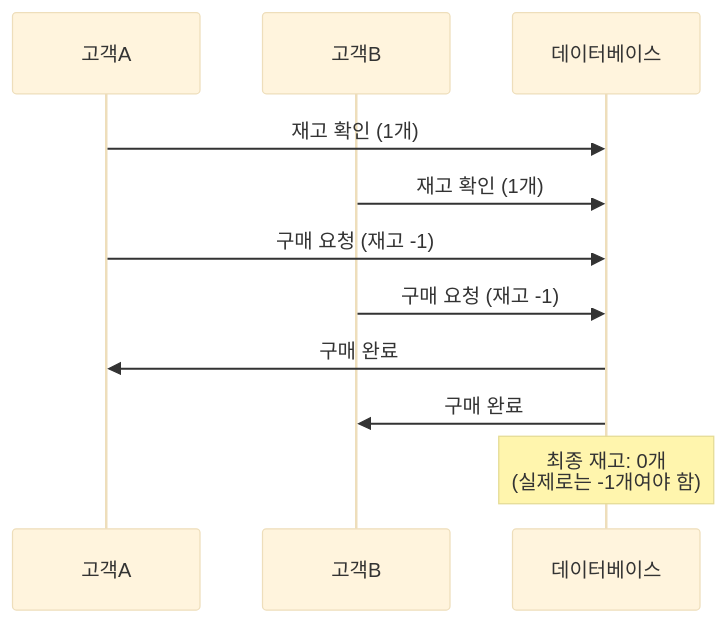
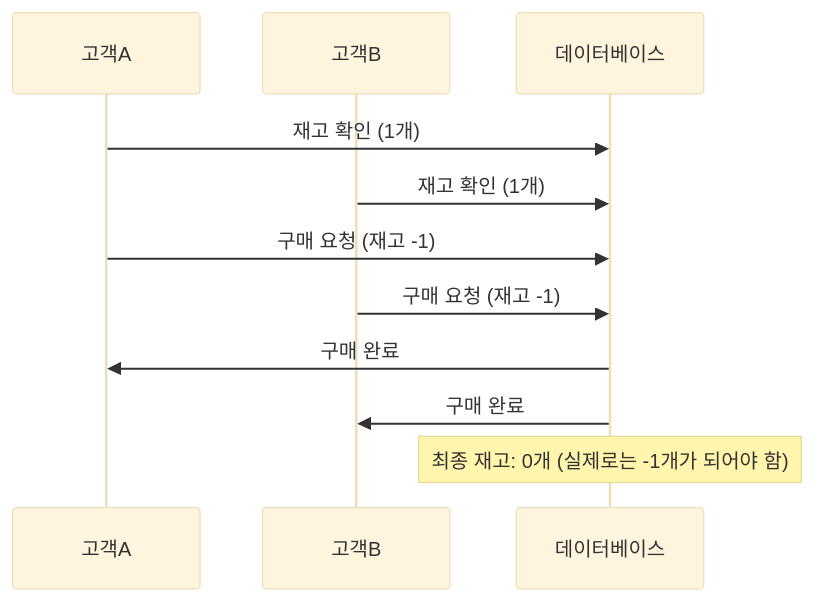
Before and after one commit to choesimin/choesimin.github.io: the first of 4 diagrams in collections/_drafts/skills/database/transaction/concurrency-control.md, drawn with Mermaid (base theme). The commit also changed other lines of this file, not shown here.

````diff
--- a/collections/_drafts/skills/database/transaction/concurrency-control.md
+++ b/collections/_drafts/skills/database/transaction/concurrency-control.md
@@ -48,15 +43,14 @@
 ```mermaid
 sequenceDiagram
+    participant 고객A
+    participant 고객B
+    participant 데이터베이스
 
-participant 고객A
-participant 고객B
-participant 데이터베이스
-
-고객A->>데이터베이스: 재고 확인 (1개)
-고객B->>데이터베이스: 재고 확인 (1개)
-고객A->>데이터베이스: 구매 요청 (재고 -1)
-고객B->>데이터베이스: 구매 요청 (재고 -1)
-데이터베이스->>고객A: 구매 완료
-데이터베이스->>고객B: 구매 완료
-Note over 데이터베이스: 최종 재고: 0개<br>(실제로는 -1개여야 함)
+    고객A->>데이터베이스: 재고 확인 (1개)
+    고객B->>데이터베이스: 재고 확인 (1개)
+    고객A->>데이터베이스: 구매 요청 (재고 -1)
+    고객B->>데이터베이스: 구매 요청 (재고 -1)
+    데이터베이스->>고객A: 구매 완료
+    데이터베이스->>고객B: 구매 완료
+    Note over 데이터베이스: 최종 재고: 0개 (실제로는 -1개가 되어야 함)
 ```
````
